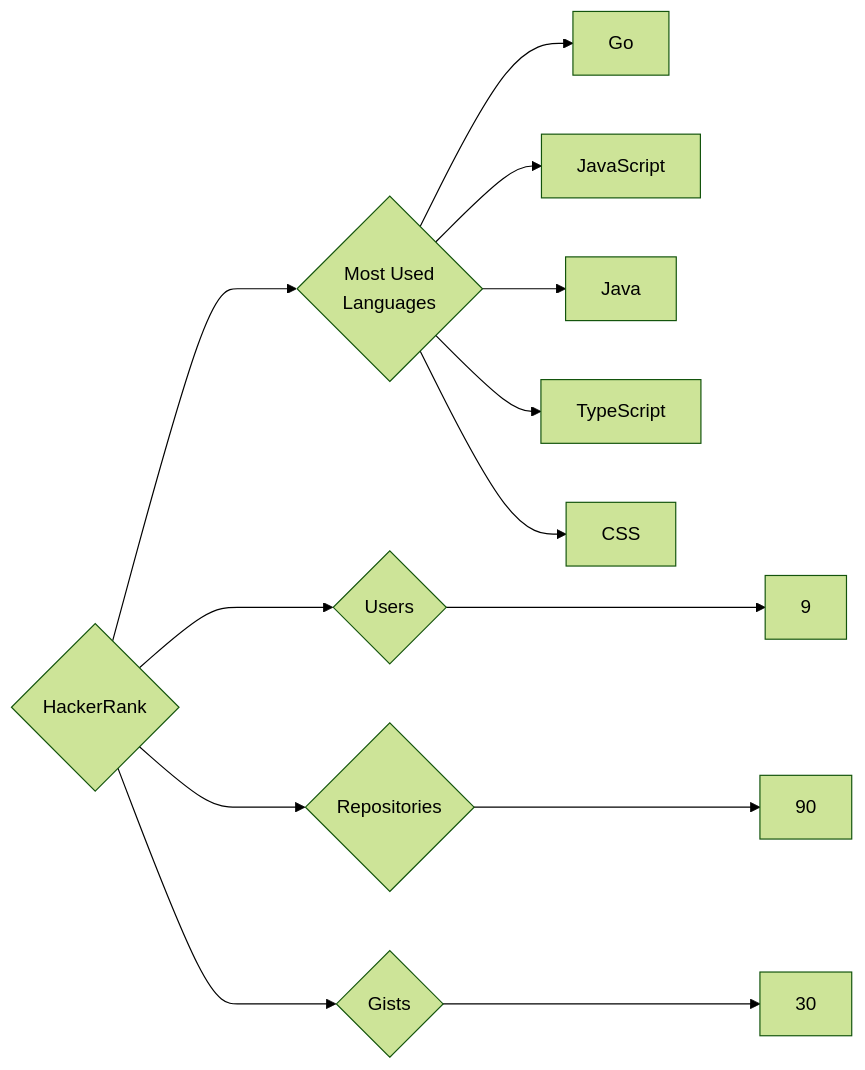
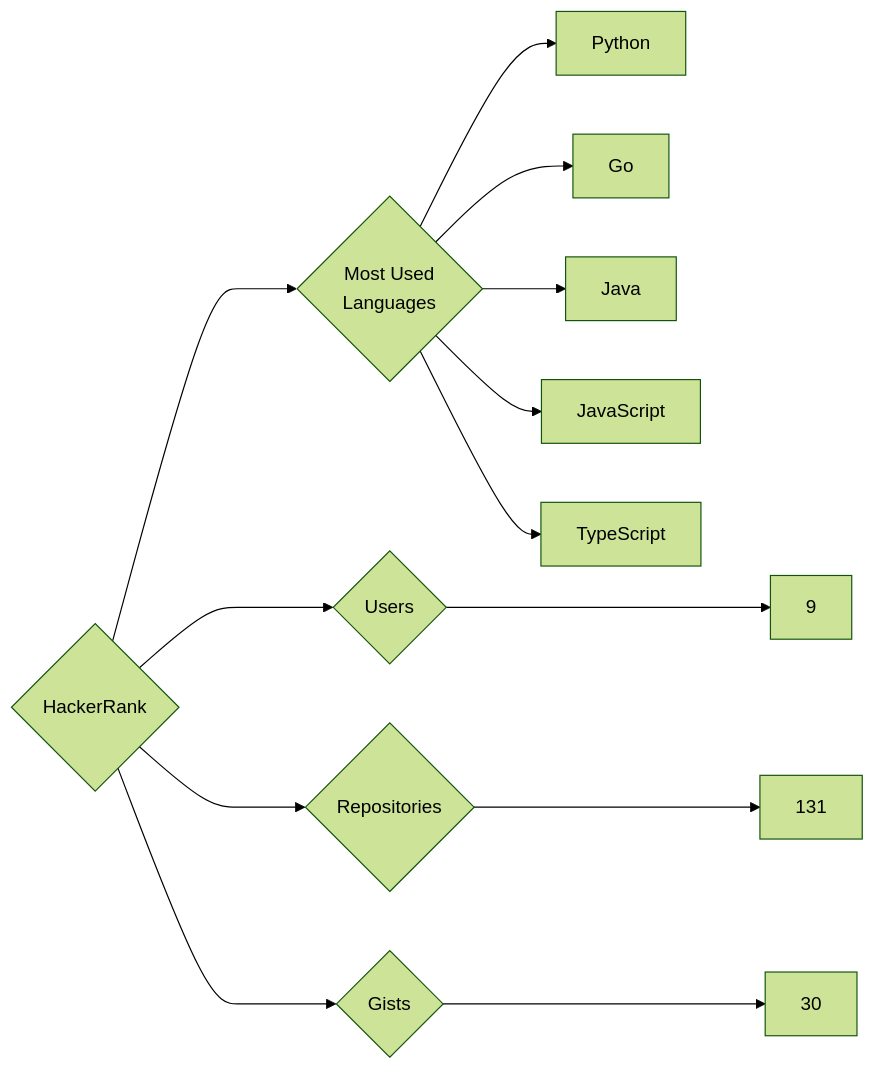
The diagram in targets/HackerRank/README.md (trickest/insiders), drawn with Mermaid (forest theme) before and after one commit. The commit also changed 1055 other files, not shown here.

````diff
--- a/targets/HackerRank/README.md
+++ b/targets/HackerRank/README.md
@@ -3,13 +3,13 @@
 ```mermaid
 graph LR
 COMPANY_NAME{HackerRank}
 COMPANY_NAME ---> U{Users} ---> UN[9]
-COMPANY_NAME ---> R{Repositories} ---> RN[90]
+COMPANY_NAME ---> R{Repositories} ---> RN[131]
 COMPANY_NAME ---> G{Gists} ---> GN[30]
 COMPANY_NAME ---> ML{Most Used<br>Languages}
+ML --> Python[Python]
 ML --> Go[Go]
+ML --> Java[Java]
 ML --> JavaScript[JavaScript]
-ML --> Java[Java]
 ML --> TypeScript[TypeScript]
-ML --> CSS[CSS]
 ```
````
